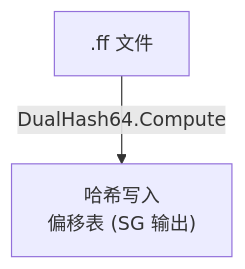
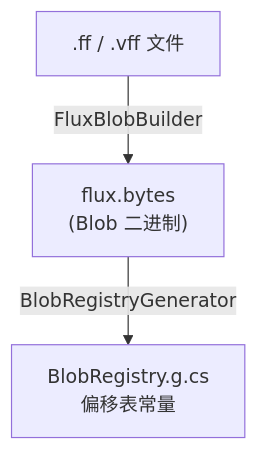
Before and after one commit to twds0x13/FluxFormula: the first of 3 diagrams in docs/technical/compile-cache.md, drawn with Mermaid. The commit also changed other lines of this file and 60 other files, not shown here.

First line of the commit message:
feat: add blob registry system with source generator and addressables support

````diff
--- a/docs/technical/compile-cache.md
+++ b/docs/technical/compile-cache.md
@@ -9,4 +9,5 @@
 ```mermaid
 flowchart TD
-    A[".ff 文件"] -->|DualHash64.Compute| B["哈希写入<br/>偏移表 (SG 输出)"]
+    A[".ff / .vff 文件"] -->|FluxBlobBuilder| B["flux.bytes<br/>(Blob 二进制)"]
+    B -->|BlobRegistryGenerator| C["BlobRegistry.g.cs<br/>偏移表常量"]
 ```
````
